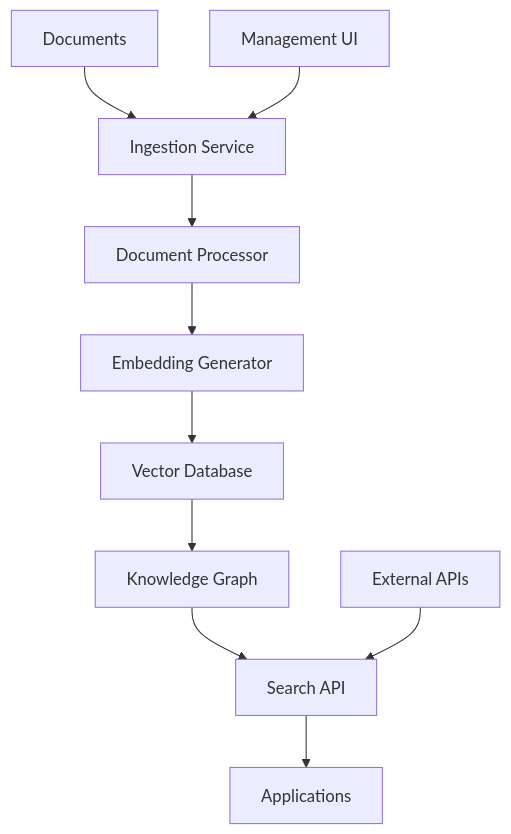
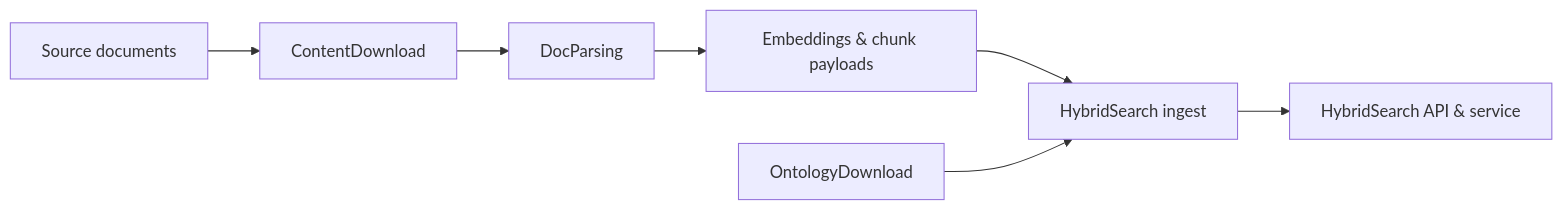
Before and after one commit to paul-heyse/DocsToKG: the diagram in docs/01-overview/index.md, drawn with Mermaid. The commit also changed other lines of this file and 36 other files, not shown here.

````diff
--- a/docs/01-overview/index.md
+++ b/docs/01-overview/index.md
@@ -29,13 +29,9 @@
 ```mermaid
-graph TB
-    A[Documents] --> B[Ingestion Service]
-    B --> C[Document Processor]
-    C --> D[Embedding Generator]
-    D --> E[Vector Database]
-    E --> F[Knowledge Graph]
-    F --> G[Search API]
-    G --> H[Applications]
-
-    I[External APIs] --> G
-    J[Management UI] --> B
+graph LR
+    A[Source documents] --> B[ContentDownload]
+    B --> C[DocParsing]
+    C --> D[Embeddings & chunk payloads]
+    D --> E[HybridSearch ingest]
+    E --> F[HybridSearch API & service]
+    G[OntologyDownload] --> E
 ```
````
